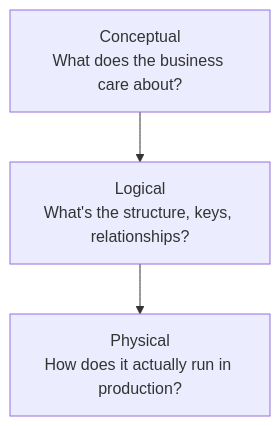
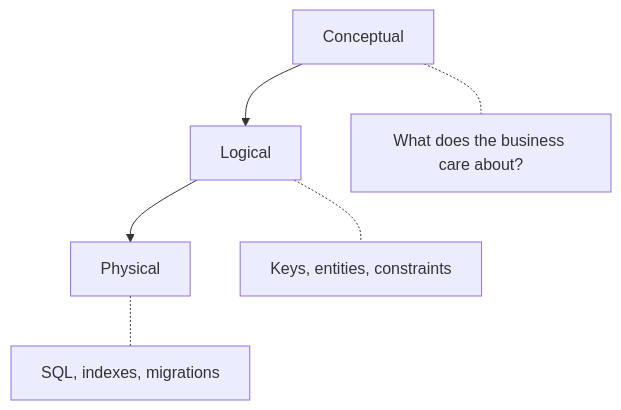
Before and after one commit to sanskarmishra479/portfolio: the second of 3 diagrams in src/content/blog/what-is-data-modeling.mdx, drawn with Mermaid. The commit also changed 1 other file, not shown here.

Commit message:
feat: fix mermaid render issue

````diff
--- a/src/content/blog/what-is-data-modeling.mdx
+++ b/src/content/blog/what-is-data-modeling.mdx
@@ -63,5 +63,8 @@
 ```mermaid
 flowchart TD
-    A[Conceptual\nWhat does the business care about?] --> B[Logical\nWhat's the structure, keys, relationships?]
-    B --> C[Physical\nHow does it actually run in production?]
+    A[Conceptual] --> B[Logical]
+    B --> C[Physical]
+    A -.- a1[What does the business care about?]
+    B -.- b1[Keys, entities, constraints]
+    C -.- c1[SQL, indexes, migrations]
 ```
````
